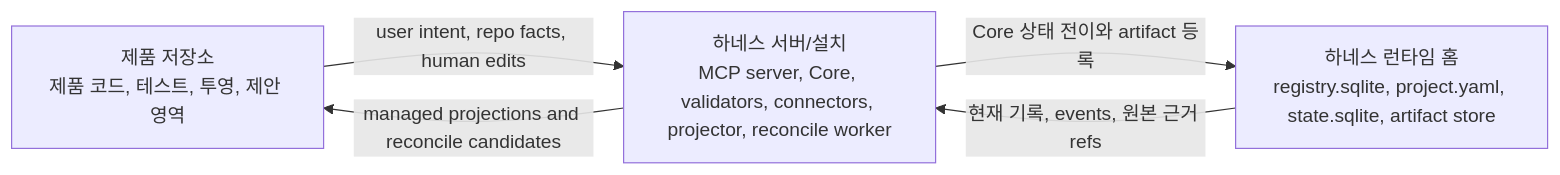
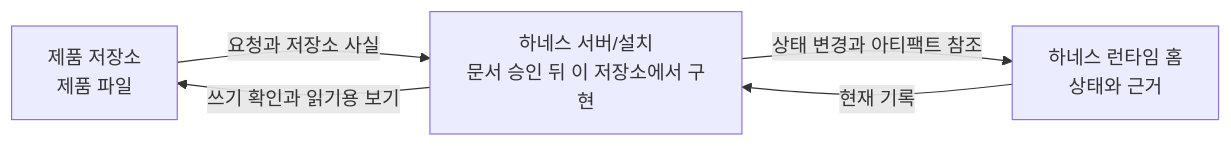
The first of 2 diagrams in docs/ko/reference/runtime-architecture.md (minjungw00/Volicord), drawn with Mermaid before and after one commit. The commit also changed other lines of this file and 11 other files, not shown here.

Commit message:
docs: refresh diagrams for clarified harness flows

````diff
--- a/docs/ko/reference/runtime-architecture.md
+++ b/docs/ko/reference/runtime-architecture.md
@@ -70,11 +70,11 @@
 ```mermaid
 flowchart LR
-  Repo["제품 저장소<br/>제품 코드, 테스트, 투영, 제안 영역"]
-  Server["하네스 서버/설치<br/>MCP server, Core, validators, connectors, projector, reconcile worker"]
-  Home["하네스 런타임 홈<br/>registry.sqlite, project.yaml, state.sqlite, artifact store"]
+  Repo["제품 저장소<br/>제품 파일"]
+  Server["하네스 서버/설치<br/>문서 승인 뒤 이 저장소에서 구현"]
+  Home["하네스 런타임 홈<br/>상태와 근거"]
 
-  Repo -->|user intent, repo facts, human edits| Server
-  Server -->|managed projections and reconcile candidates| Repo
-  Server -->|Core 상태 전이와 artifact 등록| Home
-  Home -->|현재 기록, events, 원본 근거 refs| Server
+  Repo -->|요청과 저장소 사실| Server
+  Server -->|쓰기 확인과 읽기용 보기| Repo
+  Server -->|상태 변경과 아티팩트 참조| Home
+  Home -->|현재 기록| Server
 ```
````
